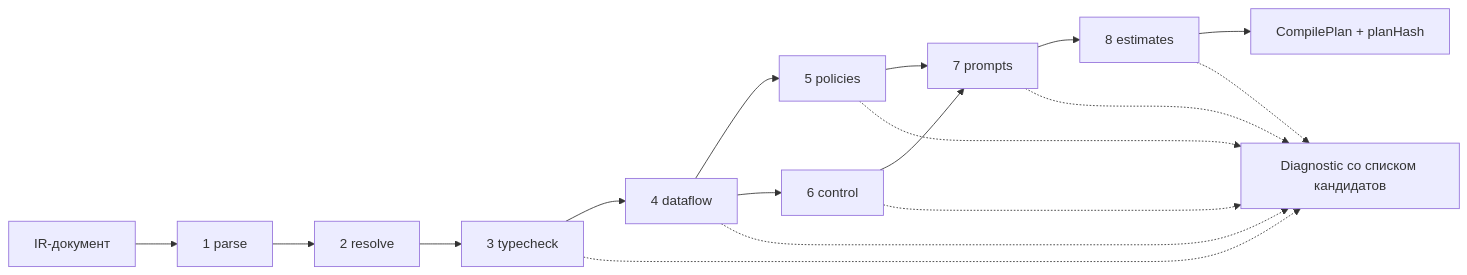
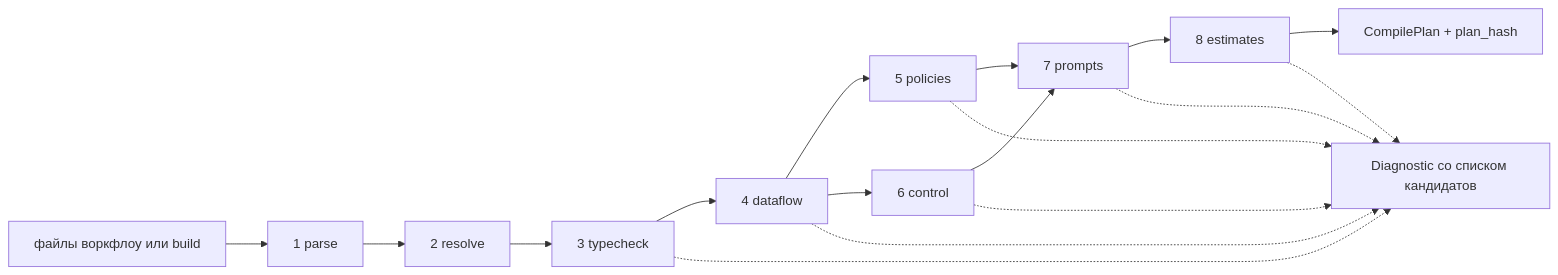
Before and after one commit to lastonoga/AQVEN: the first of 2 diagrams in docs/07-compiler.md, drawn with Mermaid. The commit also changed other lines of this file and 476 other files, not shown here.

````diff
--- a/docs/07-compiler.md
+++ b/docs/07-compiler.md
@@ -89,19 +141,19 @@
 ```mermaid
 flowchart LR
-  IR[IR-документ] --> P1[1 parse]
+  IR[файлы воркфлоу или build] --> P1[1 parse]
   P1 --> P2[2 resolve]
   P2 --> P3[3 typecheck]
   P3 --> P4[4 dataflow]
   P4 --> P5[5 policies]
   P4 --> P6[6 control]
   P5 --> P7[7 prompts]
   P6 --> P7
   P7 --> P8[8 estimates]
-  P8 --> PLAN[CompilePlan + planHash]
+  P8 --> PLAN[CompilePlan + plan_hash]
   P3 -.-> D[Diagnostic со списком кандидатов]
   P4 -.-> D
   P5 -.-> D
   P6 -.-> D
   P7 -.-> D
   P8 -.-> D
 ```
````
